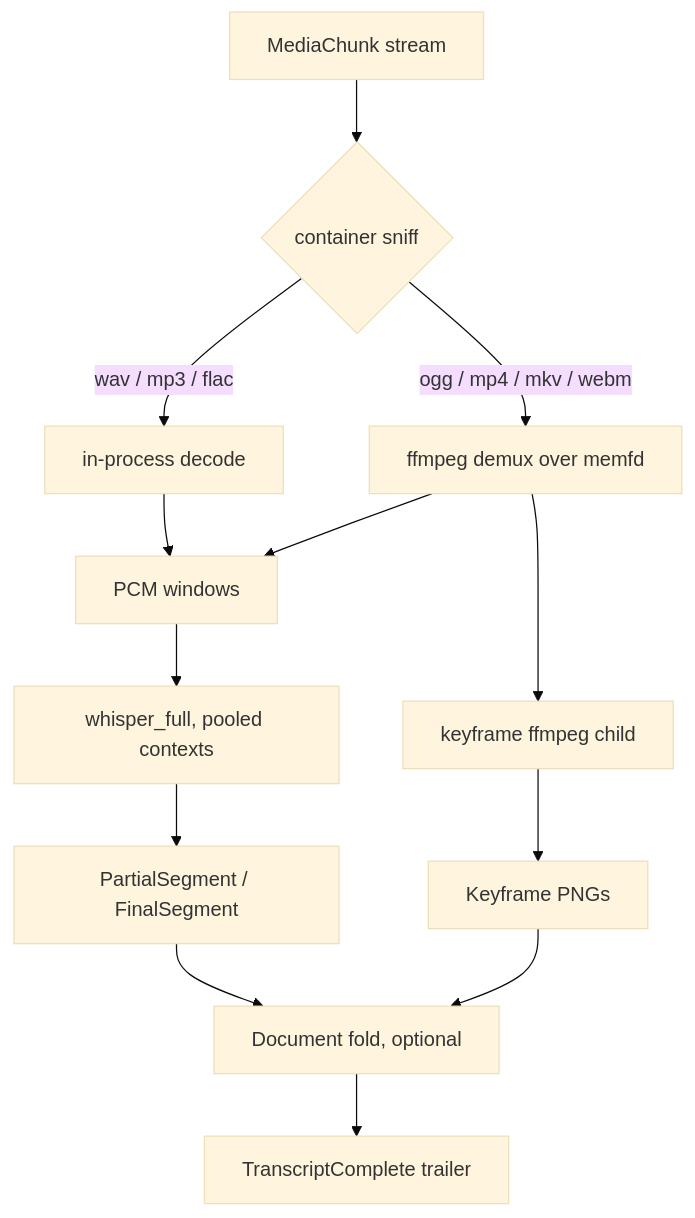
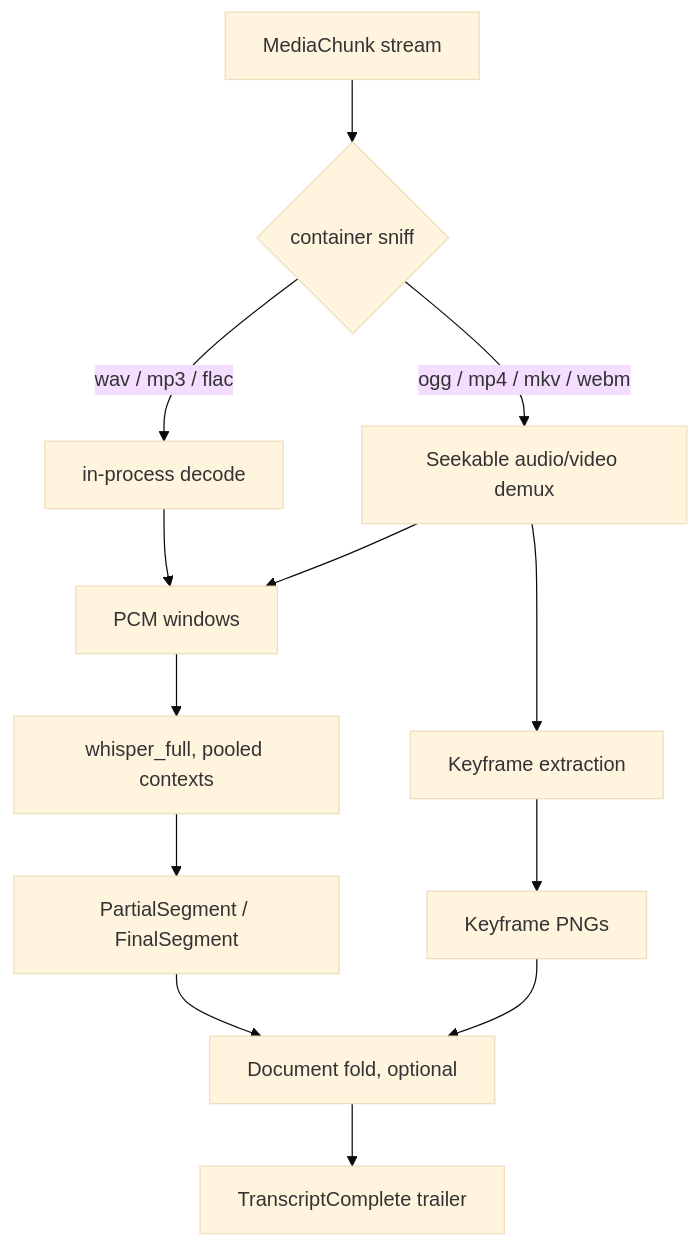
One commit to ai-pipestream/grpc-asr changed the diagram in docs/architecture.md. Above: the diagram before and after it, drawn with Mermaid (base theme). The commit also changed other lines of this file, not shown here.

Commit message:
Document implemented speech backends and native demux configuration [ci skip]

````diff
--- a/docs/architecture.md
+++ b/docs/architecture.md
@@ -17,15 +17,15 @@
 ```mermaid
 flowchart TD
     A[MediaChunk stream] --> B{container sniff}
     B -->|wav / mp3 / flac| C[in-process decode]
-    B -->|ogg / mp4 / mkv / webm| D[ffmpeg demux over memfd]
+    B -->|ogg / mp4 / mkv / webm| D[Seekable audio/video demux]
     C --> E[PCM windows]
     D --> E
-    D --> K[keyframe ffmpeg child]
+    D --> K[Keyframe extraction]
     E --> F[whisper_full, pooled contexts]
     F --> G[PartialSegment / FinalSegment]
     K --> H[Keyframe PNGs]
     G --> I[Document fold, optional]
     H --> I
     I --> J[TranscriptComplete trailer]
 ```
````
